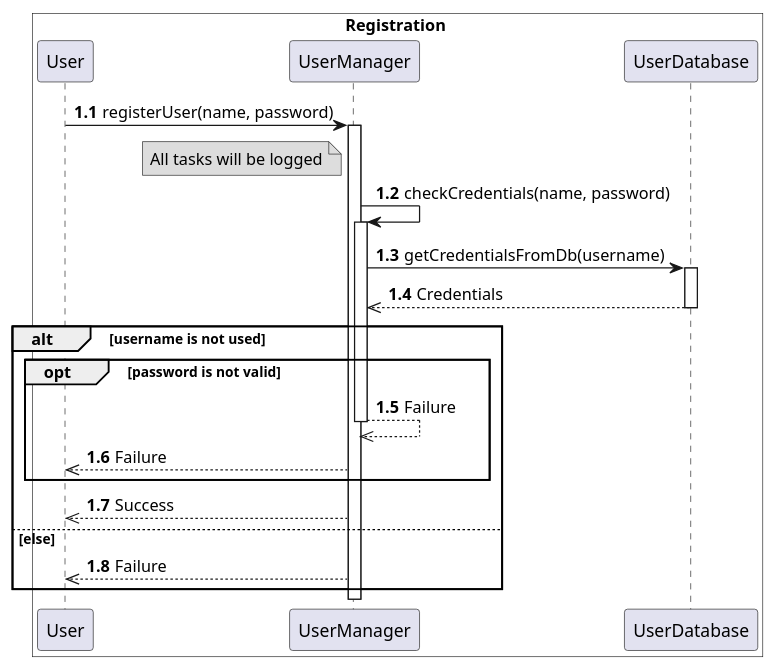
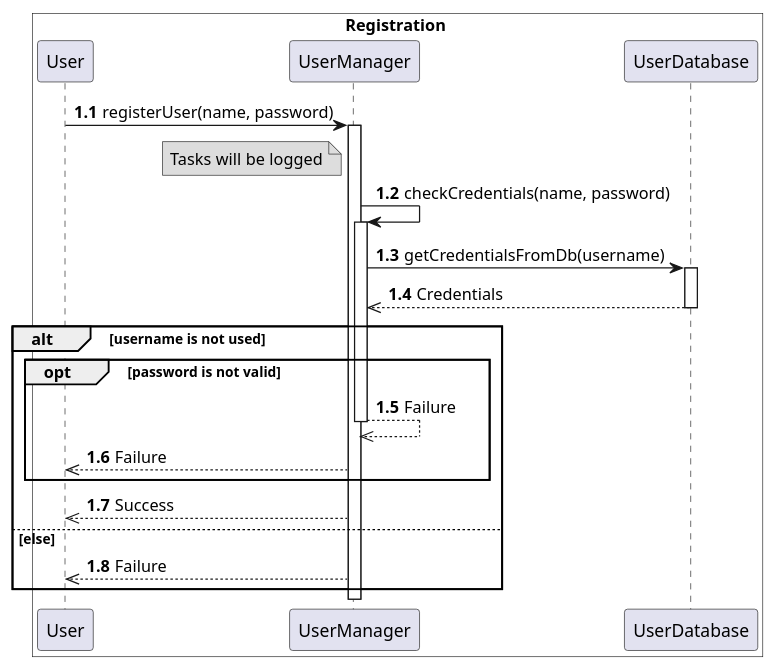
The diagram in uml/registration_sequence.puml (DRKV333/WannaCrySys), drawn with PlantUML before and after one commit. The commit also changed 4 other files, not shown here.

Commit message:
Added comment sequence diagram and fixed the others

```diff
--- a/uml/registration_sequence.puml
+++ b/uml/registration_sequence.puml
@@ -1,41 +1,41 @@
 @startuml
 autonumber 1.1
 box Registration #FFF
 
 User -> UserManager: registerUser(name, password)
 activate UserManager
 
 
 note left of UserManager #DDD
-All tasks will be logged
+Tasks will be logged
 end note
 
 
 UserManager-> UserManager: checkCredentials(name, password)
 activate UserManager
 
 UserManager -> UserDatabase: getCredentialsFromDb(username)
 activate UserDatabase
 
 UserManager <<-- UserDatabase: Credentials
 deactivate UserDatabase
 
 alt username is not used
 opt password is not valid
 
 UserManager -->> UserManager: Failure
 deactivate UserManager
 
 User <<-- UserManager: Failure
 end
 
 User <<-- UserManager: Success
 
 else else
 
 User <<-- UserManager: Failure
 
 end
 
 box end
 @enduml
```
